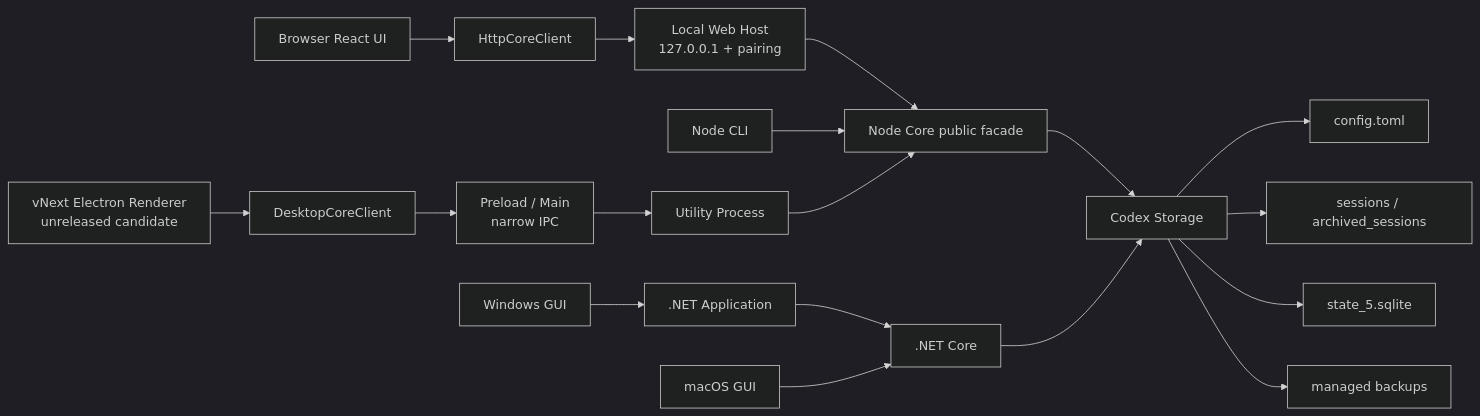
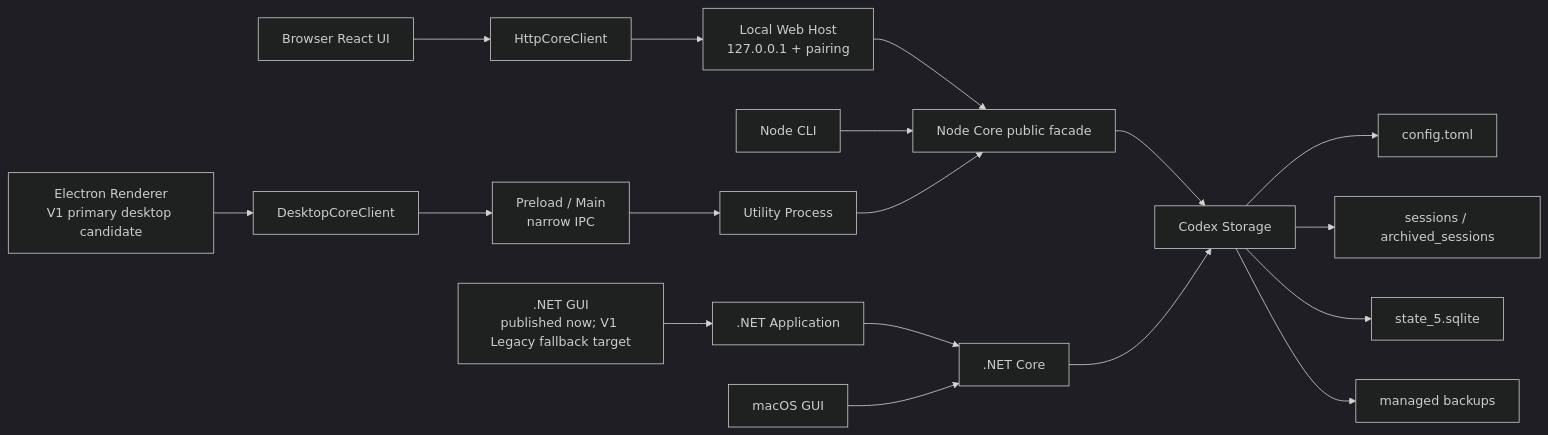
Before and after one commit to Dailin521/codex-provider-sync: the diagram in README.md, drawn with Mermaid (dark theme). The commit also changed other lines of this file and 14 other files, not shown here.

````diff
--- a/README.md
+++ b/README.md
@@ -128,24 +128,24 @@
 ```mermaid
 flowchart LR
     Browser["Browser React UI"] --> HttpClient["HttpCoreClient"]
     HttpClient --> WebServer["Local Web Host<br/>127.0.0.1 + pairing"]
     WebServer --> NodeCore["Node Core public facade"]
     CLI["Node CLI"] --> NodeCore
 
-    ElectronRenderer["vNext Electron Renderer<br/>unreleased candidate"] --> DesktopClient["DesktopCoreClient"]
+    ElectronRenderer["Electron Renderer<br/>V1 primary desktop candidate"] --> DesktopClient["DesktopCoreClient"]
     DesktopClient --> ElectronHost["Preload / Main<br/>narrow IPC"]
     ElectronHost --> Utility["Utility Process"]
     Utility --> NodeCore
 
-    WindowsGUI["Windows GUI"] --> Application[".NET Application"]
+    WindowsGUI[".NET GUI<br/>published now; V1 Legacy fallback target"] --> Application[".NET Application"]
     Application --> DotNetCore[".NET Core"]
     MacGUI["macOS GUI"] --> DotNetCore
 
     NodeCore --> Storage["Codex Storage"]
     DotNetCore --> Storage
 
     Storage --> Config["config.toml"]
     Storage --> Rollouts["sessions / archived_sessions"]
     Storage --> SQLite["state_5.sqlite"]
     Storage --> Backups["managed backups"]
 ```
````
